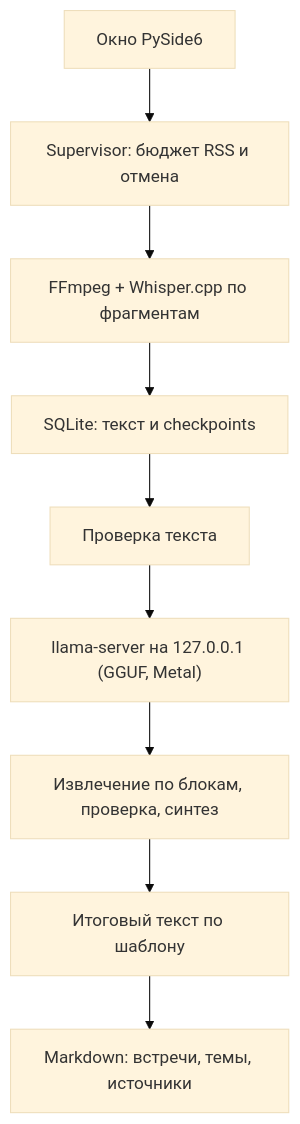
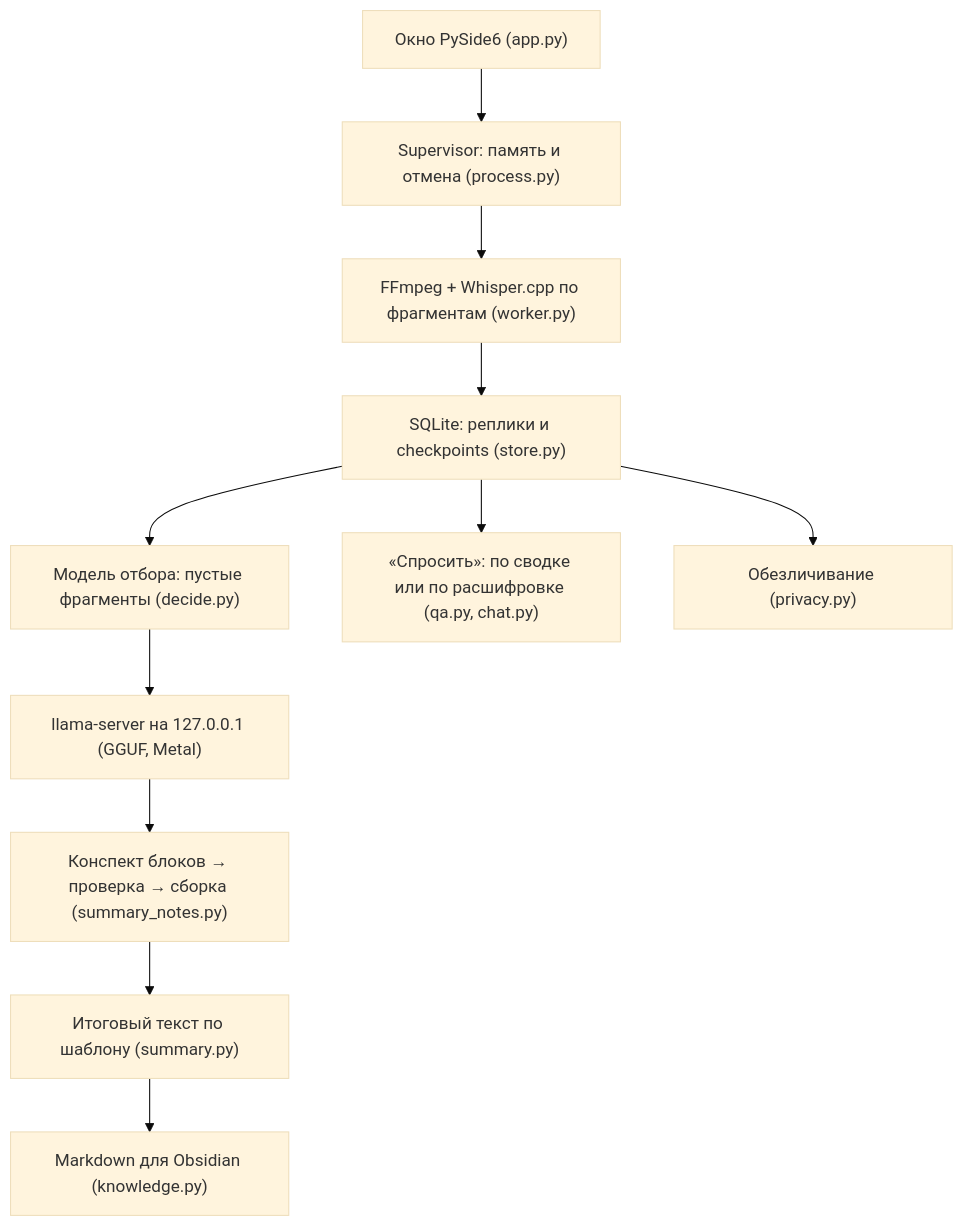
The diagram in docs/architecture.md (Igibaev/samarizator), drawn with Mermaid (base theme) before and after one commit. The commit also changed other lines of this file and 9 other files, not shown here.

````diff
--- a/docs/architecture.md
+++ b/docs/architecture.md
@@ -3,11 +3,13 @@
 ```mermaid
 flowchart TD
-    UI["Окно PySide6"] --> W["Supervisor: бюджет RSS и отмена"]
-    W --> A["FFmpeg + Whisper.cpp по фрагментам"]
-    A --> DB["SQLite: текст и checkpoints"]
-    DB --> R["Проверка текста"]
-    R --> C["llama-server на 127.0.0.1 (GGUF, Metal)"]
-    C --> S["Извлечение по блокам, проверка, синтез"]
-    S --> F["Итоговый текст по шаблону"]
-    F --> KB["Markdown: встречи, темы, источники"]
+    UI["Окно PySide6 (app.py)"] --> W["Supervisor: память и отмена (process.py)"]
+    W --> A["FFmpeg + Whisper.cpp по фрагментам (worker.py)"]
+    A --> DB["SQLite: реплики и checkpoints (store.py)"]
+    DB --> D["Модель отбора: пустые фрагменты (decide.py)"]
+    D --> C["llama-server на 127.0.0.1 (GGUF, Metal)"]
+    C --> N["Конспект блоков → проверка → сборка (summary_notes.py)"]
+    N --> F["Итоговый текст по шаблону (summary.py)"]
+    F --> KB["Markdown для Obsidian (knowledge.py)"]
+    DB --> Q["«Спросить»: по сводке или по расшифровке (qa.py, chat.py)"]
+    DB --> P["Обезличивание (privacy.py)"]
 ```
````
